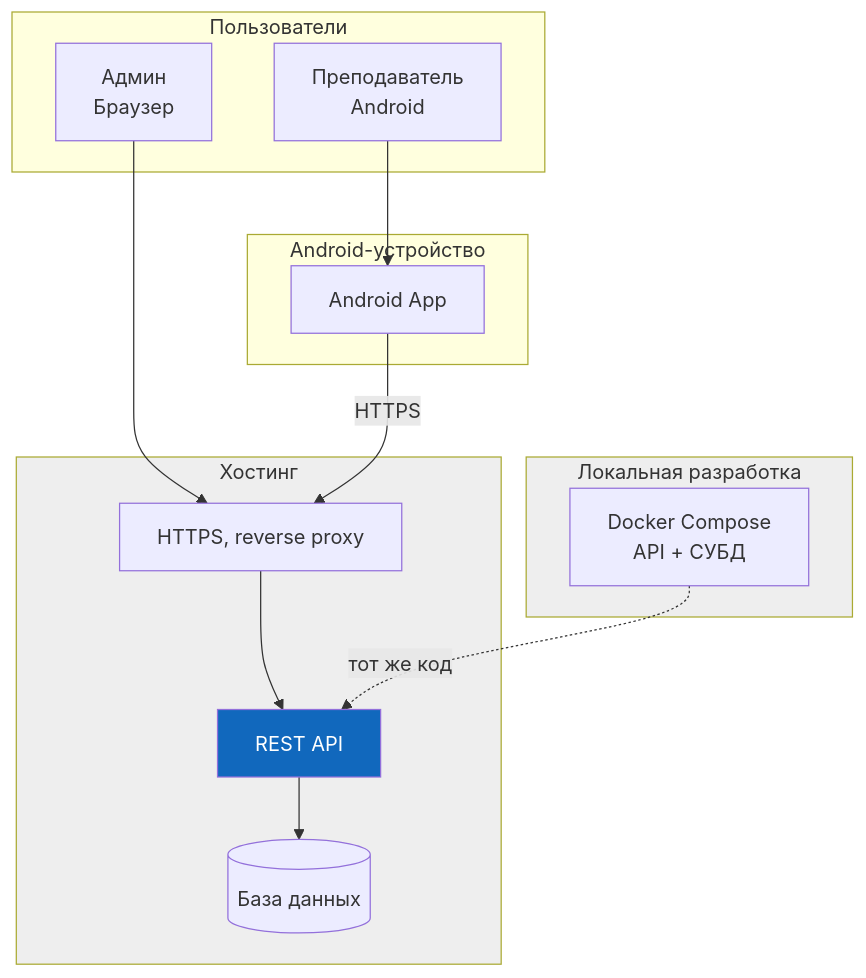
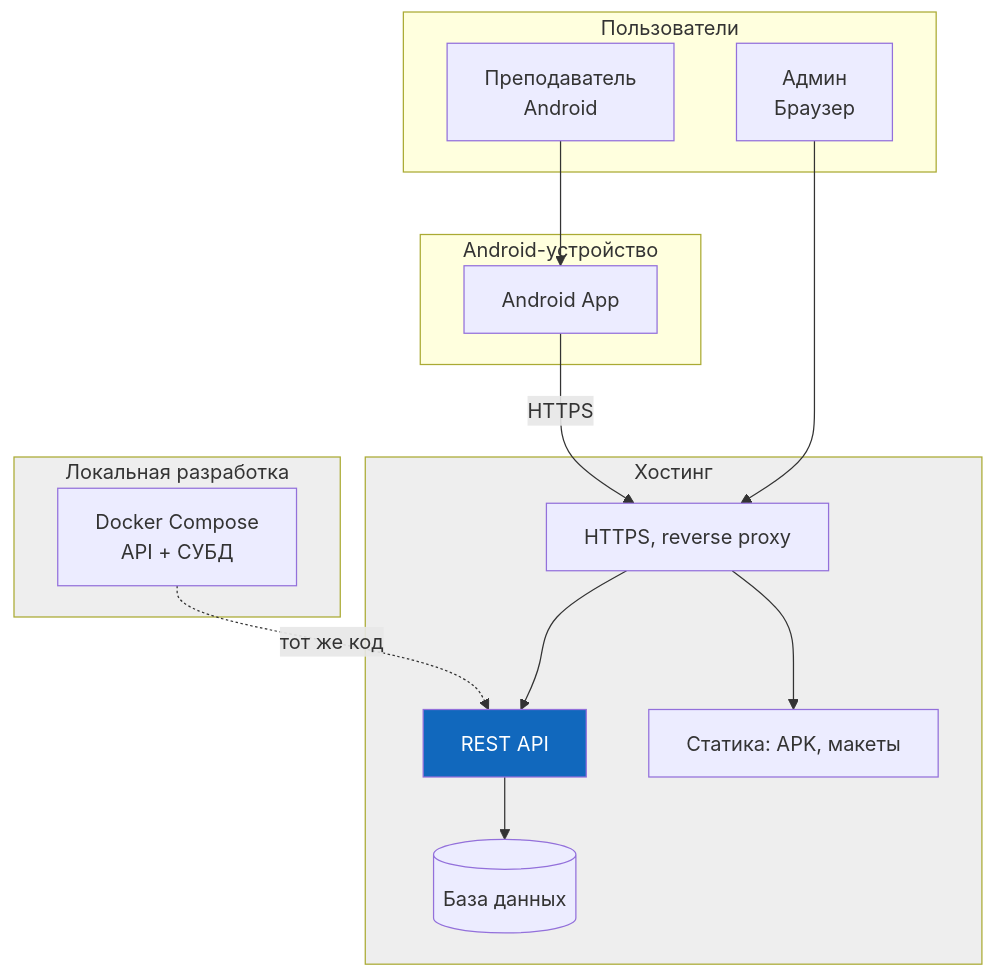
Before and after one commit to SP4CEVI/iasu-2.0: the fifth of 13 diagrams in concept.md, drawn with Mermaid. The commit also changed other lines of this file, not shown here.

````diff
--- a/concept.md
+++ b/concept.md
@@ -297,32 +301,34 @@
 ```mermaid
 graph TB
     subgraph Users["Пользователи"]
         T["Преподаватель<br/>Android"]
         A["Админ<br/>Браузер"]
     end
 
     subgraph AndroidDev["Android-устройство"]
         APK["Android App"]
     end
 
     subgraph Hosting["Хостинг"]
         Nginx["HTTPS, reverse proxy"]
         API["REST API"]
         DB[("База данных")]
+        Static["Статика: APK, макеты"]
     end
 
     subgraph LocalDev["Локальная разработка"]
         DockerCompose["Docker Compose<br/>API + СУБД"]
     end
 
     T --> APK
     A --> Nginx
     APK -->|"HTTPS"| Nginx
     Nginx --> API
     API --> DB
+    Nginx --> Static
     DockerCompose -.->|"тот же код"| API
 
     style Hosting fill:#eee
     style LocalDev fill:#eee
     style API fill:#1168bd,color:#fff
 ```
````
